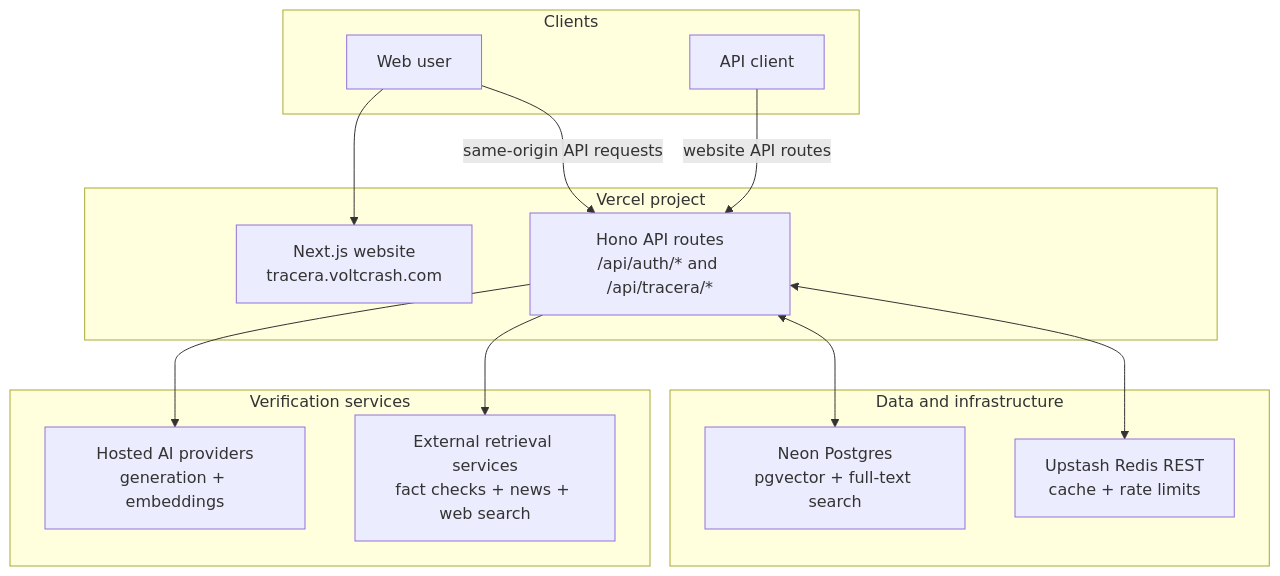
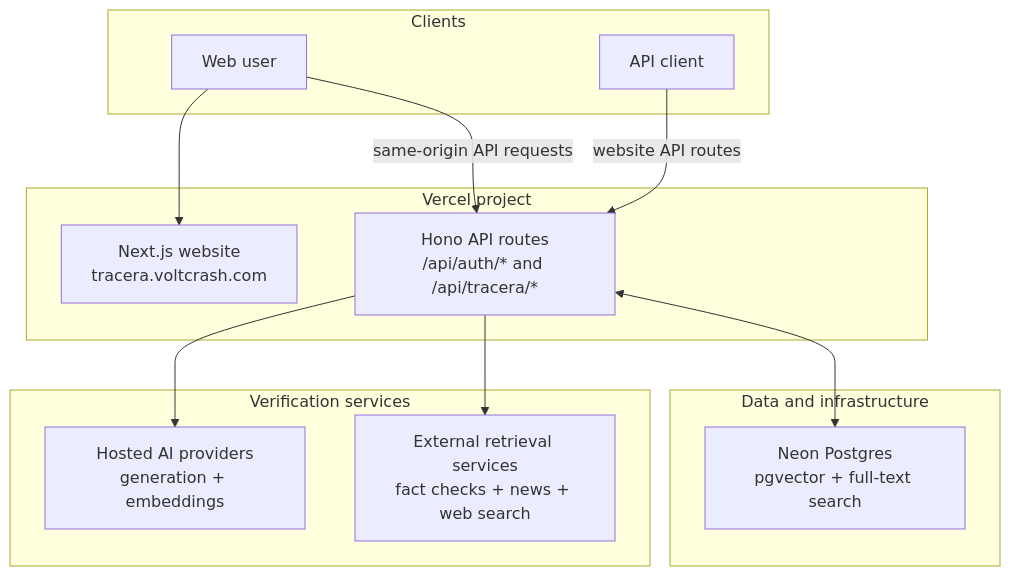
Before and after one commit to voltcrash/tracera: the diagram in README.md, drawn with Mermaid. The commit also changed other lines of this file and 8 other files, not shown here.

Commit message:
refactor: remove Upstash Redis integration

````diff
--- a/README.md
+++ b/README.md
@@ -59,30 +58,28 @@
 ```mermaid
 flowchart TB
     subgraph Clients
         User["Web user"]
         Consumer["API client"]
     end
 
     subgraph Vercel["Vercel project"]
         Website["Next.js website<br/>tracera.voltcrash.com"]
         Routes["Hono API routes<br/>/api/auth/* and /api/tracera/*"]
     end
 
     subgraph Data["Data and infrastructure"]
         Neon["Neon Postgres<br/>pgvector + full-text search"]
-        Upstash["Upstash Redis REST<br/>cache + rate limits"]
     end
 
     subgraph Intelligence["Verification services"]
         AI["Hosted AI providers<br/>generation + embeddings"]
         Retrieval["External retrieval services<br/>fact checks + news + web search"]
     end
 
     User --> Website
     User -->|same-origin API requests| Routes
     Consumer -->|website API routes| Routes
     Routes <--> Neon
-    Routes <--> Upstash
     Routes --> AI
     Routes --> Retrieval
 ```
````
